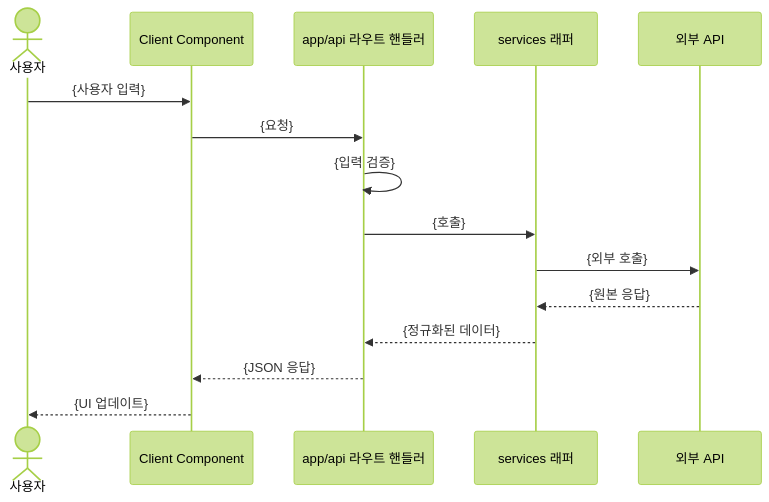
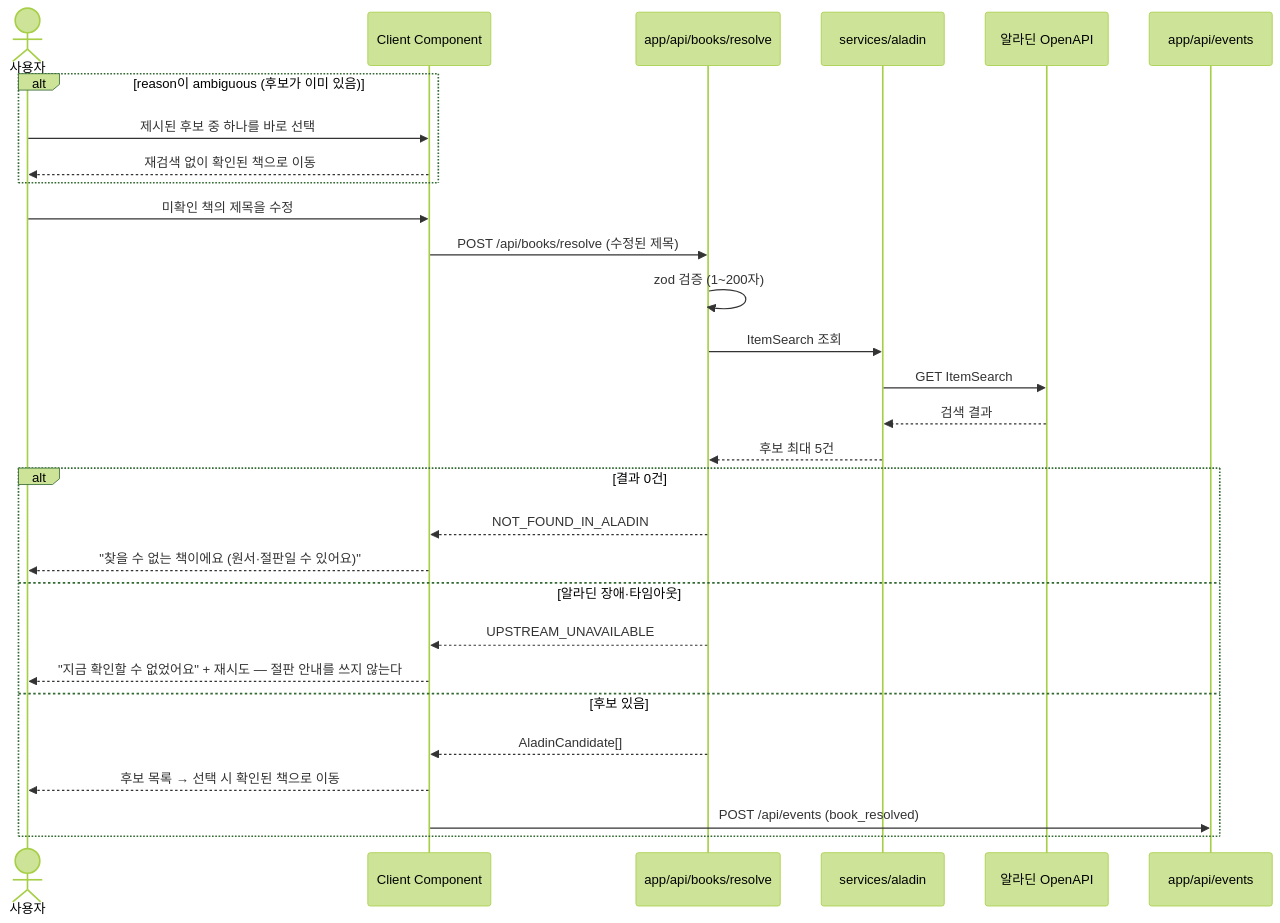
The fifth of 6 diagrams in docs/ARCHITECTURE.md (hyuham1335-stack/shelfie-app), drawn with Mermaid (forest theme) before and after one commit. The commit also changed other lines of this file and 6 other files, not shown here.

````diff
--- a/docs/ARCHITECTURE.md
+++ b/docs/ARCHITECTURE.md
@@ -86,18 +235,33 @@
 ```mermaid
 sequenceDiagram
     actor U as 사용자
     participant C as Client Component
-    participant R as app/api 라우트 핸들러
-    participant S as services 래퍼
-    participant E as 외부 API
+    participant R as app/api/books/resolve
+    participant SL as services/aladin
+    participant EL as 알라딘 OpenAPI
+    participant RB as app/api/events
 
-    U->>C: {사용자 입력}
-    C->>R: {요청}
-    R->>R: {입력 검증}
-    R->>S: {호출}
-    S->>E: {외부 호출}
-    E-->>S: {원본 응답}
-    S-->>R: {정규화된 데이터}
-    R-->>C: {JSON 응답}
-    C-->>U: {UI 업데이트}
+    alt reason이 ambiguous (후보가 이미 있음)
+        U->>C: 제시된 후보 중 하나를 바로 선택
+        C-->>U: 재검색 없이 확인된 책으로 이동
+    end
+
+    U->>C: 미확인 책의 제목을 수정
+    C->>R: POST /api/books/resolve (수정된 제목)
+    R->>R: zod 검증 (1~200자)
+    R->>SL: ItemSearch 조회
+    SL->>EL: GET ItemSearch
+    EL-->>SL: 검색 결과
+    SL-->>R: 후보 최대 5건
+    alt 결과 0건
+        R-->>C: NOT_FOUND_IN_ALADIN
+        C-->>U: "찾을 수 없는 책이에요 (원서·절판일 수 있어요)"
+    else 알라딘 장애·타임아웃
+        R-->>C: UPSTREAM_UNAVAILABLE
+        C-->>U: "지금 확인할 수 없었어요" + 재시도 — 절판 안내를 쓰지 않는다
+    else 후보 있음
+        R-->>C: AladinCandidate[]
+        C-->>U: 후보 목록 → 선택 시 확인된 책으로 이동
+        C->>RB: POST /api/events (book_resolved)
+    end
 ```
````
